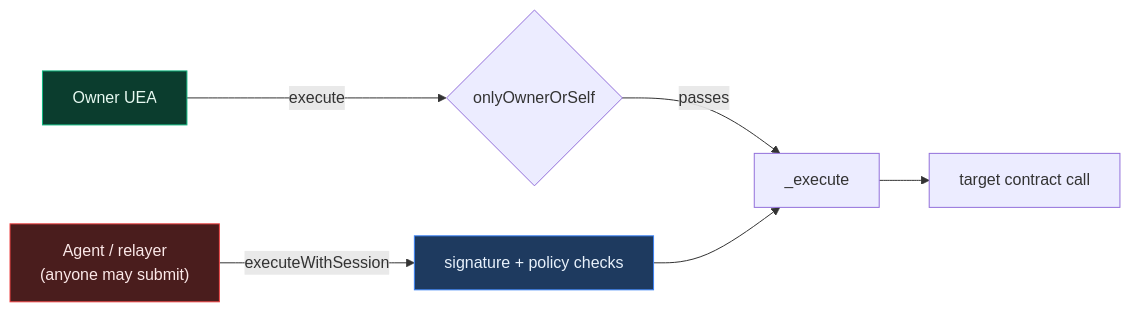
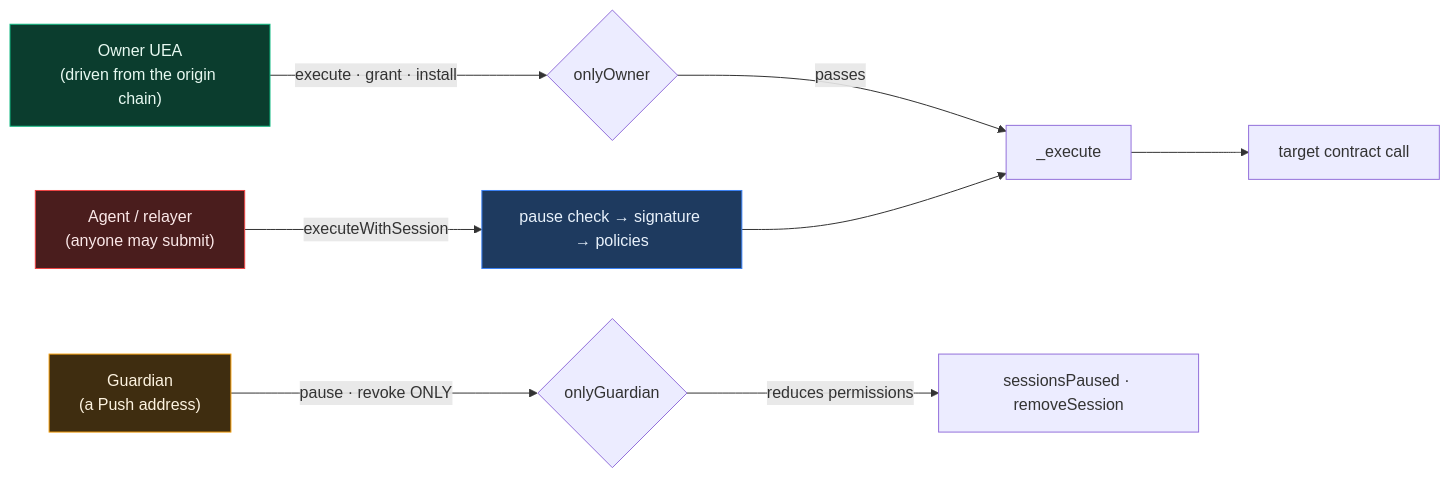
Before and after one commit to HusseinAdeiza/push-agentic-wallets: the second of 9 diagrams in docs/architecture.md, drawn with Mermaid. The commit also changed other lines of this file and 31 other files, not shown here.

First line of the commit message:
Implement architecture v2: one wallet per user

````diff
--- a/docs/architecture.md
+++ b/docs/architecture.md
@@ -126,14 +131,18 @@
 ```mermaid
 graph LR
-    OWNER["Owner UEA"] -->|execute| GATE1{"onlyOwnerOrSelf"}
+    OWNER["Owner UEA<br/>(driven from the origin chain)"] -->|execute · grant · install| GATE1{"onlyOwner"}
     GATE1 -->|"passes"| EXEC["_execute"]
 
-    AGENT["Agent / relayer<br/>(anyone may submit)"] -->|executeWithSession| GATE2["signature + policy checks"]
+    GUARD["Guardian<br/>(a Push address)"] -->|pause · revoke ONLY| GATE3{"onlyGuardian"}
+    GATE3 -->|"reduces permissions"| STATE["sessionsPaused · removeSession"]
+
+    AGENT["Agent / relayer<br/>(anyone may submit)"] -->|executeWithSession| GATE2["pause check → signature → policies"]
     GATE2 --> EXEC
 
     EXEC --> TARGET["target contract call"]
 
     style OWNER fill:#0b3d2e,stroke:#10b981,color:#e7f9f1
+    style GUARD fill:#3f2d10,stroke:#f59e0b,color:#fdf3e0
     style AGENT fill:#4a1d1d,stroke:#ef4444,color:#fbe8e8
     style GATE2 fill:#1e3a5f,stroke:#3b82f6,color:#e8f1fb
 ```
````
